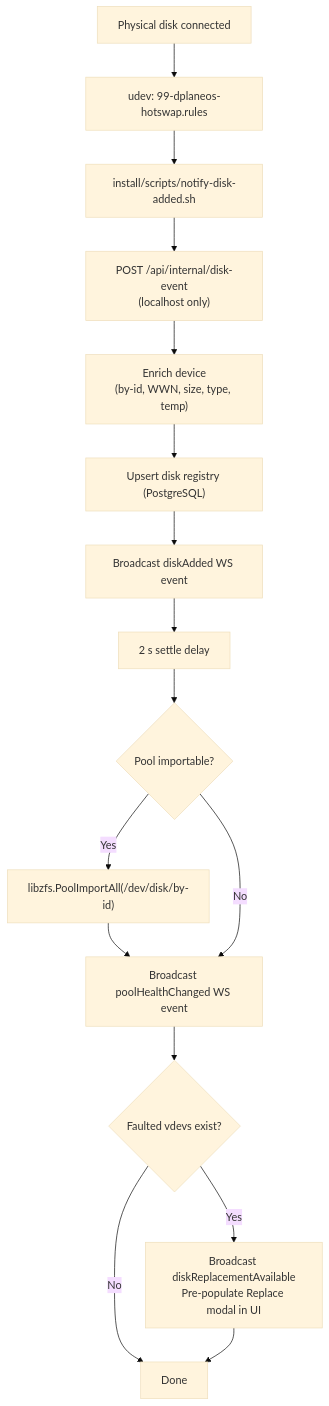
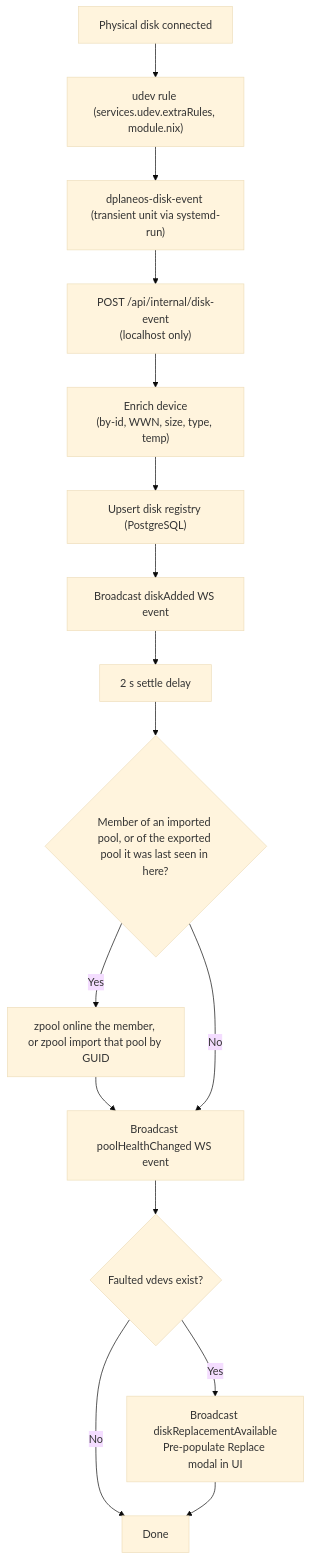
The fourth of 7 diagrams in docs/development/CODEBASE-DIAGRAM.md (4nonX/DPlaneOS), drawn with Mermaid before and after one commit. The commit also changed other lines of this file and 79 other files, not shown here.

First line of the commit message:
Fix boot pool import, host ID, hot-swap events, session storage; correct all documentation

````diff
--- a/docs/development/CODEBASE-DIAGRAM.md
+++ b/docs/development/CODEBASE-DIAGRAM.md
@@ -128,19 +128,19 @@
 ```mermaid
 %%{init: {'theme':'base'}}%%
 flowchart TD
-    A["Physical disk connected"] --> B["udev: 99-dplaneos-hotswap.rules"]
-    B --> C["install/scripts/notify-disk-added.sh"]
+    A["Physical disk connected"] --> B["udev rule (services.udev.extraRules, module.nix)"]
+    B --> C["dplaneos-disk-event (transient unit via systemd-run)"]
     C --> D["POST /api/internal/disk-event\n(localhost only)"]
     D --> E["Enrich device\n(by-id, WWN, size, type, temp)"]
     E --> F["Upsert disk registry (PostgreSQL)"]
     F --> G["Broadcast diskAdded WS event"]
     G --> H["2 s settle delay"]
-    H --> I{"Pool importable?"}
-    I -->|Yes| J["libzfs.PoolImportAll(/dev/disk/by-id)"]
+    H --> I{"Member of an imported pool, or of the exported pool it was last seen in here?"}
+    I -->|Yes| J["zpool online the member, or zpool import that pool by GUID"]
     J --> K["Broadcast poolHealthChanged WS event"]
     I -->|No| K
     K --> L{"Faulted vdevs exist?"}
     L -->|Yes| M["Broadcast diskReplacementAvailable\nPre-populate Replace modal in UI"]
     L -->|No| N["Done"]
     M --> N
 ```
````
